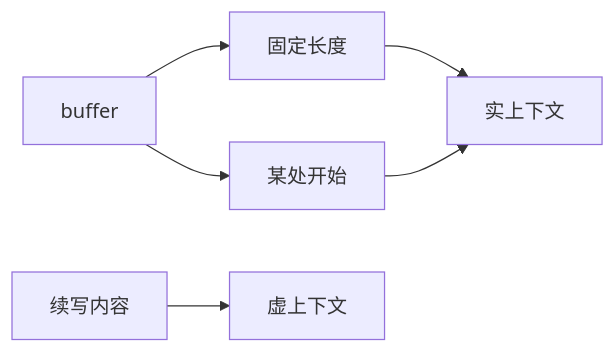
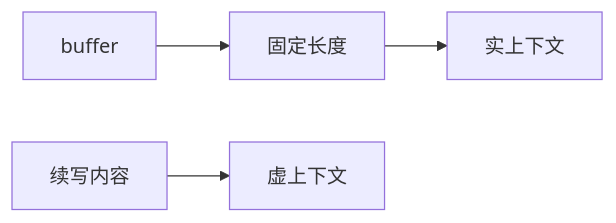
One commit to doucx/nvim-ai changed the third of 3 diagrams in README.md. Above: the diagram before and after it, drawn with Mermaid. The commit also changed other lines of this file and 6 other files, not shown here.

````diff
--- a/README.md
+++ b/README.md
@@ -61,7 +43,6 @@
 ```mermaid
 flowchart LR
     buffer-->固定长度-->实上下文
-    buffer-->某处开始-->实上下文
 
     续写内容-->虚上下文
 ```
````
